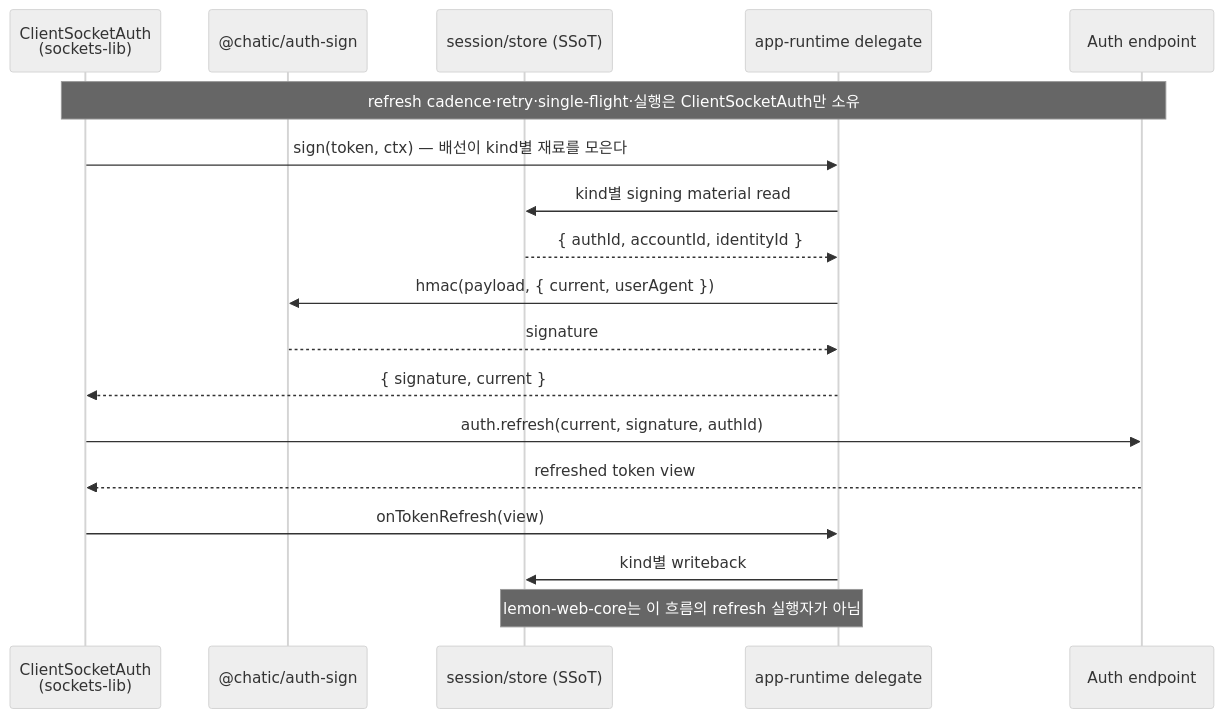
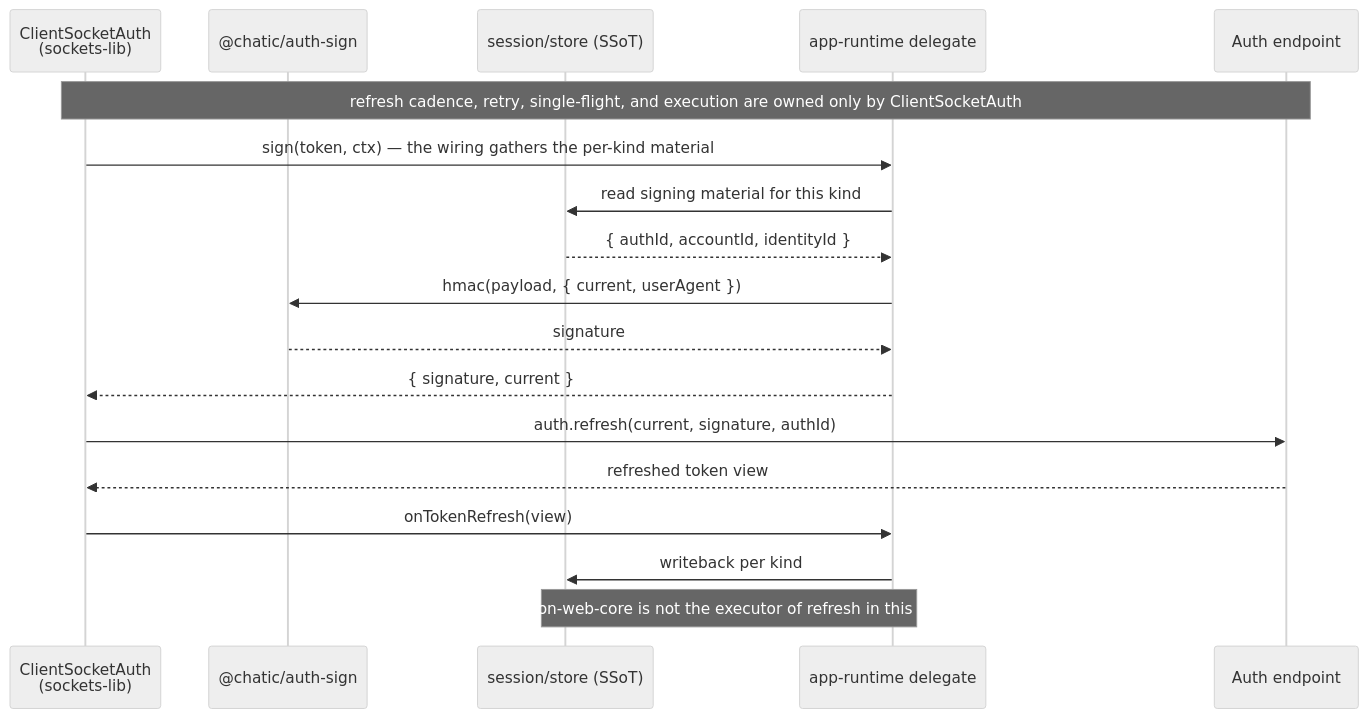
The second of 3 diagrams in docs/adr/0070-app-runtime-session-hub.md (lemoncloud-io/dou-app), drawn with Mermaid (neutral theme) before and after one commit. The commit also changed other lines of this file and 62 other files, not shown here.

````diff
--- a/docs/adr/0070-app-runtime-session-hub.md
+++ b/docs/adr/0070-app-runtime-session-hub.md
@@ -556,21 +603,21 @@
 ```mermaid
 sequenceDiagram
     participant AC as ClientSocketAuth<br/>(sockets-lib)
     participant SG as @chatic/auth-sign
     participant ST as session/store (SSoT)
     participant RT as app-runtime delegate
     participant API as Auth endpoint
 
-    Note over AC,API: refresh cadence·retry·single-flight·실행은 ClientSocketAuth만 소유
-    AC->>RT: sign(token, ctx) — 배선이 kind별 재료를 모은다
-    RT->>ST: kind별 signing material read
+    Note over AC,API: refresh cadence, retry, single-flight, and execution are owned only by ClientSocketAuth
+    AC->>RT: sign(token, ctx) — the wiring gathers the per-kind material
+    RT->>ST: read signing material for this kind
     ST-->>RT: { authId, accountId, identityId }
     RT->>SG: hmac(payload, { current, userAgent })
     SG-->>RT: signature
     RT-->>AC: { signature, current }
     AC->>API: auth.refresh(current, signature, authId)
     API-->>AC: refreshed token view
     AC->>RT: onTokenRefresh(view)
-    RT->>ST: kind별 writeback
-    Note over RT,ST: lemon-web-core는 이 흐름의 refresh 실행자가 아님
+    RT->>ST: writeback per kind
+    Note over RT,ST: lemon-web-core is not the executor of refresh in this flow
 ```
````
